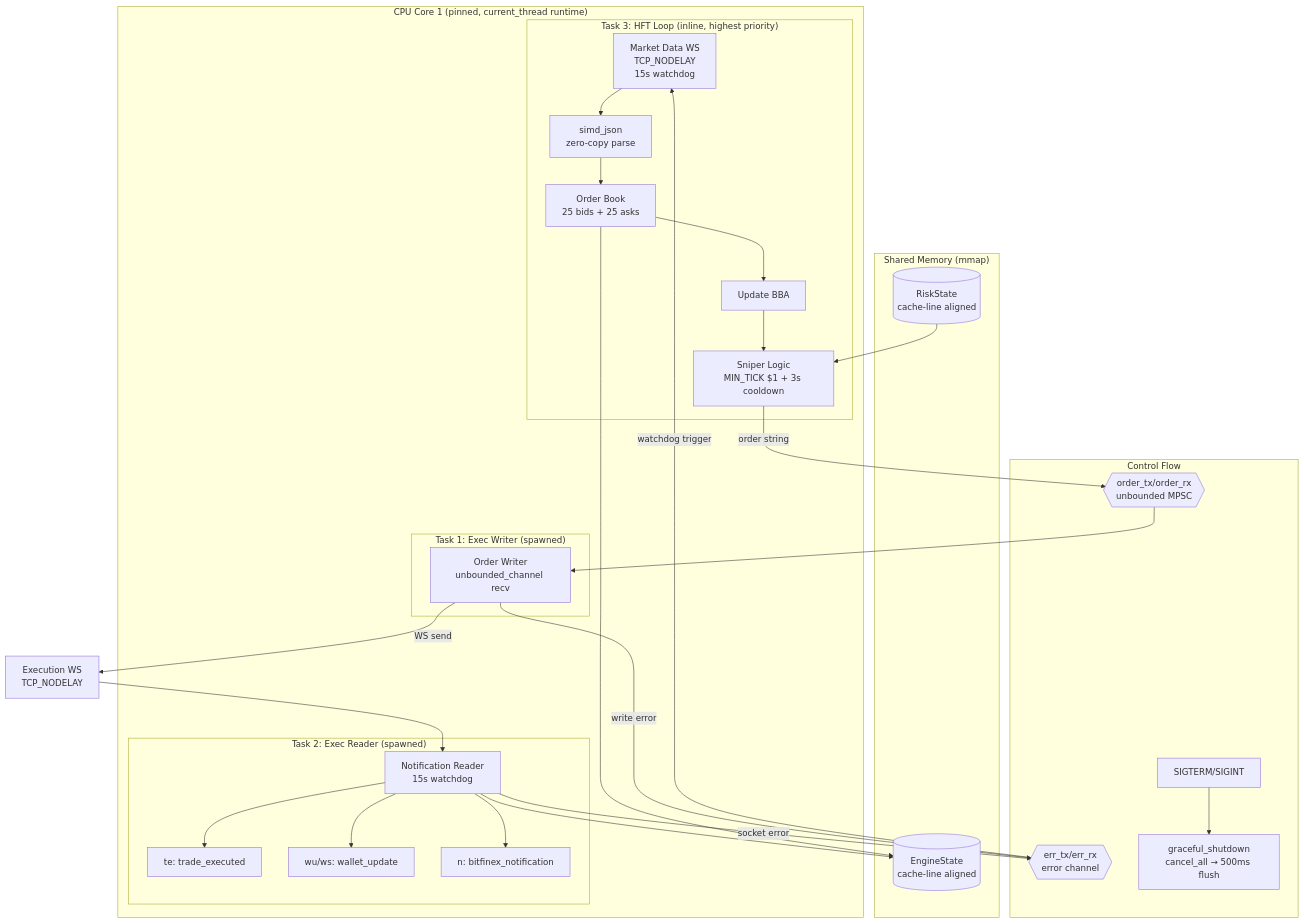
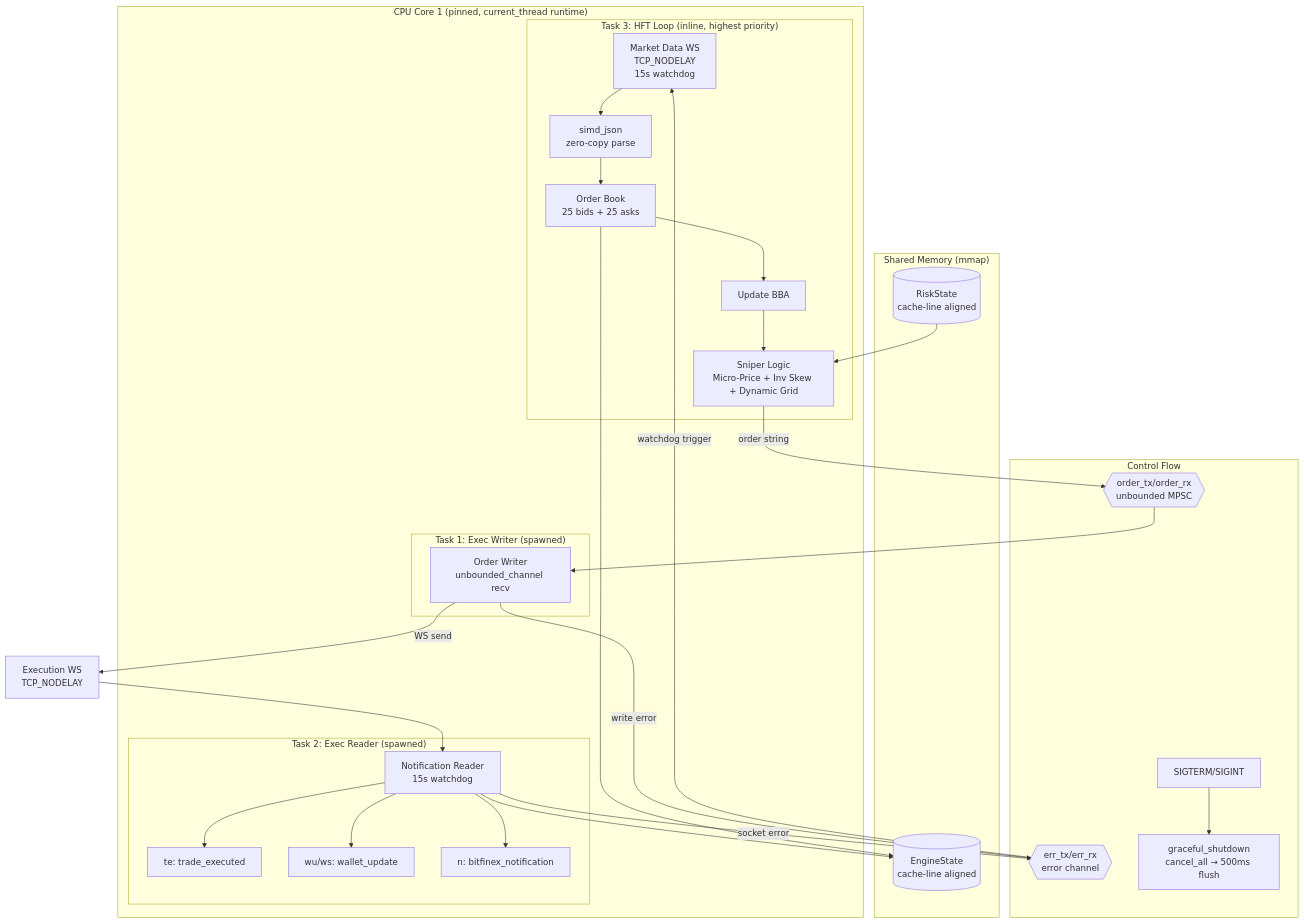
Before and after one commit to VaclavSercl/sniper: the diagram in ARCHITECTURE.md, drawn with Mermaid. The commit also changed other lines of this file and 3 other files, not shown here.

First line of the commit message:
feat(core): v5.4 volatility engine — dynamic grid_step from 30s price window

````diff
--- a/ARCHITECTURE.md
+++ b/ARCHITECTURE.md
@@ -7,43 +7,43 @@
 ```mermaid
 graph TB
     subgraph "CPU Core 1 (pinned, current_thread runtime)"
         subgraph "Task 3: HFT Loop (inline, highest priority)"
             WS_PUB[Market Data WS<br/>TCP_NODELAY<br/>15s watchdog] --> PARSE[simd_json<br/>zero-copy parse]
             PARSE --> BOOK[Order Book<br/>25 bids + 25 asks]
             BOOK --> BBA[Update BBA]
-            BBA --> SNIPER[Sniper Logic<br/>MIN_TICK $1 + 3s cooldown]
+            BBA --> SNIPER["Sniper Logic<br/>Micro-Price + Inv Skew + Dynamic Grid"]
         end
         subgraph "Task 1: Exec Writer (spawned)"
             WRITER[Order Writer<br/>unbounded_channel recv]
         end
         subgraph "Task 2: Exec Reader (spawned)"
             READER[Notification Reader<br/>15s watchdog] --> TE[te: trade_executed]
             READER --> WU[wu/ws: wallet_update]
             READER --> N[n: bitfinex_notification]
         end
     end
 
     subgraph "Shared Memory (mmap)"
         ES[(EngineState<br/>cache-line aligned)]
         RS[(RiskState<br/>cache-line aligned)]
     end
 
     subgraph "Control Flow"
         ERR_CH{{err_tx/err_rx<br/>error channel}}
         ORD_CH{{order_tx/order_rx<br/>unbounded MPSC}}
         SIGTERM[SIGTERM/SIGINT] --> SHUTDOWN[graceful_shutdown<br/>cancel_all → 500ms flush]
     end
 
     SNIPER -->|order string| ORD_CH
     ORD_CH --> WRITER
     WRITER -->|WS send| WS_PRIV[Execution WS<br/>TCP_NODELAY]
     WS_PRIV --> READER
 
     BOOK --> ES
     READER --> ES
     RS --> SNIPER
 
     READER -->|socket error| ERR_CH
     WRITER -->|write error| ERR_CH
     ERR_CH -->|watchdog trigger| WS_PUB
 ```
````
